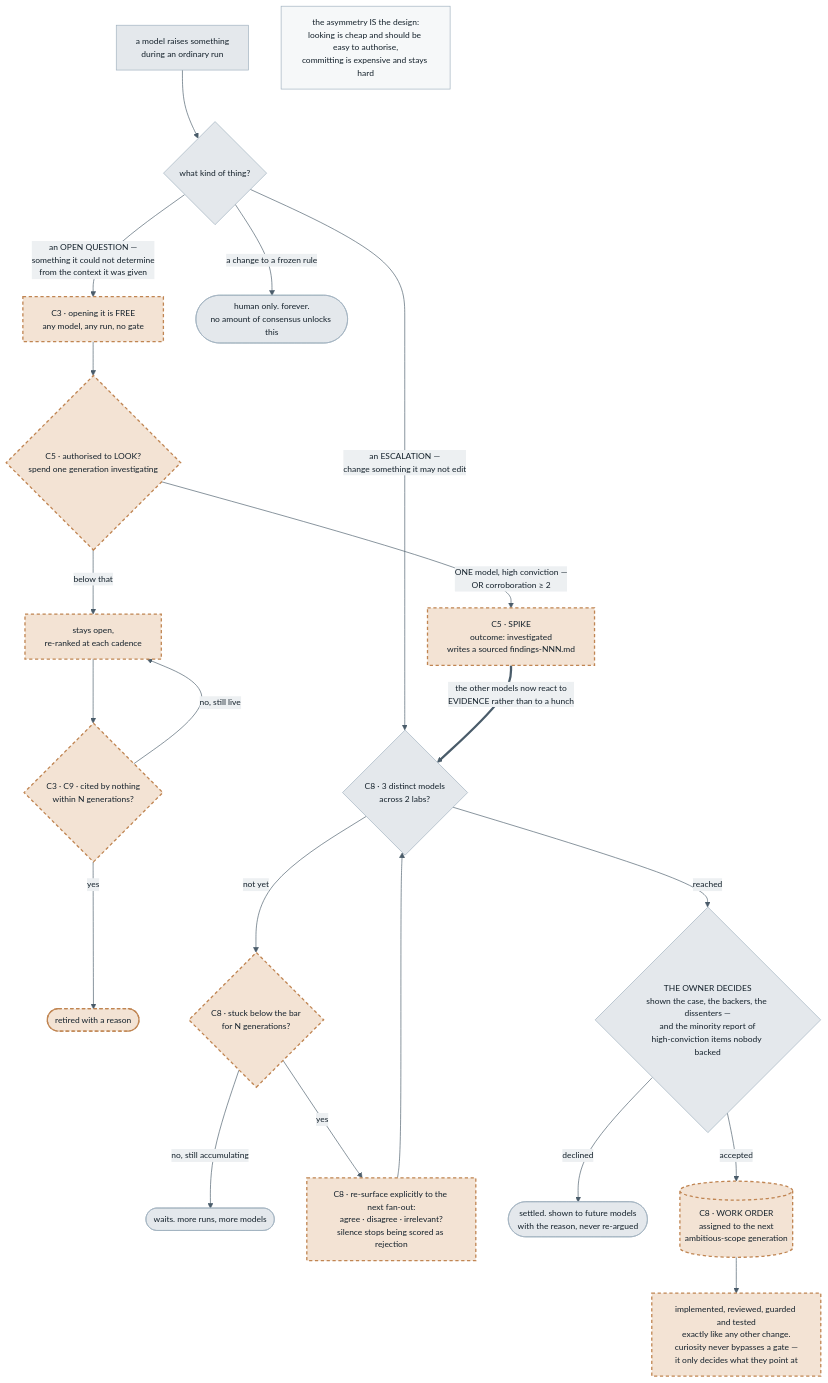
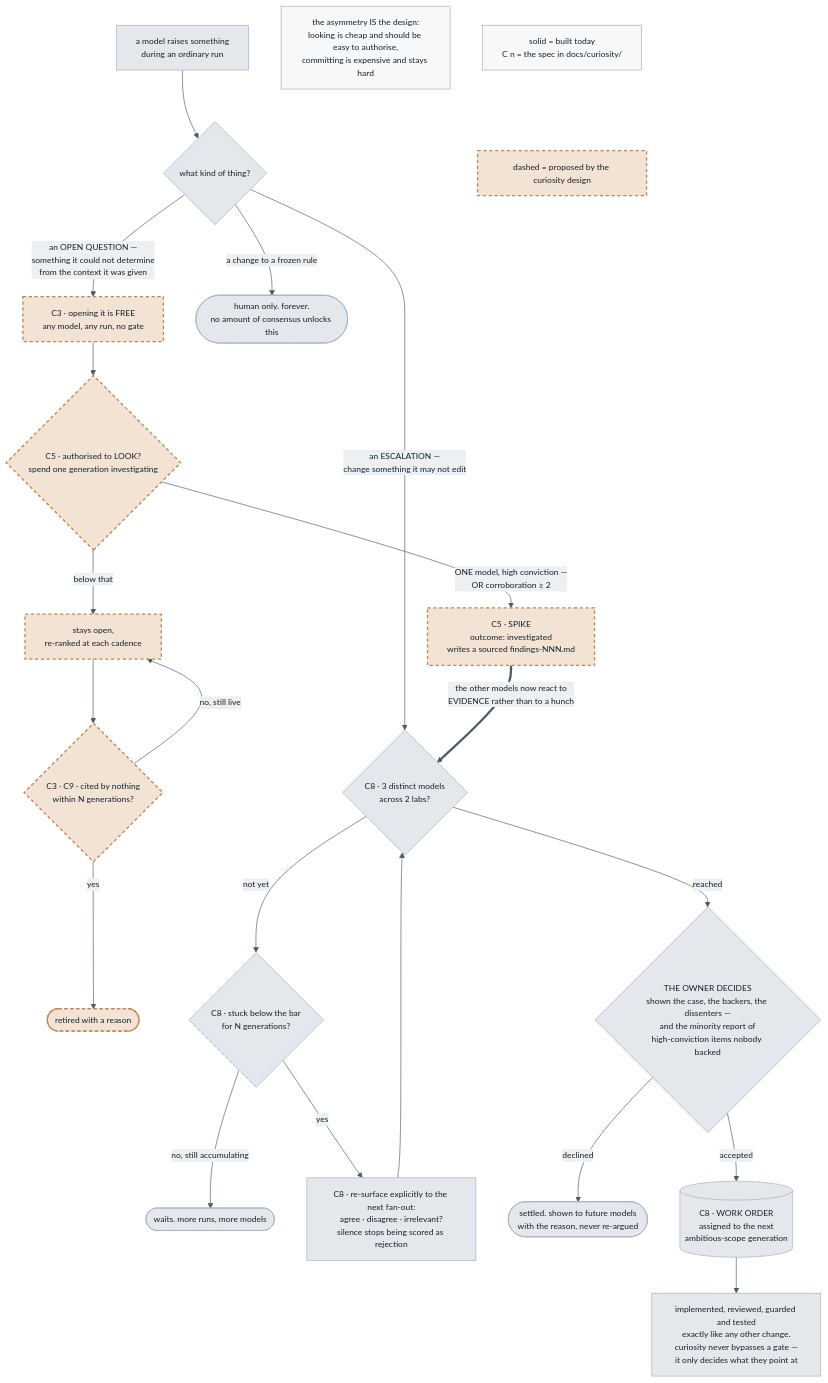
Before and after one commit to Chrisfoz/self-optimisation: the diagram in learning/diagrams/proposed-curiosity-authorisation.mmd, drawn with Mermaid. The commit also changed 14 other files, not shown here.

```diff
--- a/learning/diagrams/proposed-curiosity-authorisation.mmd
+++ b/learning/diagrams/proposed-curiosity-authorisation.mmd
@@ -1,36 +1,43 @@
 %%{init: {"theme":"base","themeVariables":{"fontSize":"13px","primaryColor":"#E4E8EC","primaryTextColor":"#14212B","primaryBorderColor":"#9FB0BE","lineColor":"#4A5C6A","secondaryColor":"#DCE7F0","tertiaryColor":"#F3E3D4","clusterBkg":"#F6F8F9","clusterBorder":"#9FB0BE","edgeLabelBackground":"#EDF0F2","textColor":"#14212B"}}}%%
 flowchart TD
   raise["a model raises something<br/>during an ordinary run"] --> what{"what kind of thing?"}
 
   what -->|"an OPEN QUESTION —<br/>something it could not determine<br/>from the context it was given"| free["C3 · opening it is FREE<br/>any model, any run, no gate"]
   what -->|"an ESCALATION —<br/>change something it may not edit"| bar
   what -->|"a change to a frozen rule"| never(["human only. forever.<br/>no amount of consensus unlocks this"])
 
   free --> look{"C5 · authorised to LOOK?<br/>spend one generation investigating"}
   look -->|"ONE model, high conviction —<br/>OR corroboration ≥ 2"| spike["C5 · SPIKE<br/>outcome: investigated<br/>writes a sourced findings-NNN.md"]
   look -->|"below that"| open["stays open,<br/>re-ranked at each cadence"]
   open --> inert{"C3 · C9 · cited by nothing<br/>within N generations?"}
   inert -->|"yes"| retired(["retired with a reason"])
   inert -->|"no, still live"| open
 
   spike ==>|"the other models now react to<br/>EVIDENCE rather than to a hunch"| bar
 
   bar{"C8 · 3 distinct models<br/>across 2 labs?"}
   bar -->|"not yet"| silent{"C8 · stuck below the bar<br/>for N generations?"}
   silent -->|"no, still accumulating"| accum(["waits. more runs, more models"])
   silent -->|"yes"| ask["C8 · re-surface explicitly to the next fan-out:<br/>agree · disagree · irrelevant?<br/>silence stops being scored as rejection"]
   ask --> bar
 
   bar -->|"reached"| owner{"THE OWNER DECIDES<br/>shown the case, the backers, the dissenters —<br/>and the minority report of<br/>high-conviction items nobody backed"}
   owner -->|"declined"| settled(["settled. shown to future models<br/>with the reason, never re-argued"])
   owner -->|"accepted"| order[("C8 · WORK ORDER<br/>assigned to the next<br/>ambitious-scope generation")]
 
   order --> ship["implemented, reviewed, guarded and tested<br/>exactly like any other change.<br/>curiosity never bypasses a gate —<br/>it only decides what they point at"]
 
   axiom["the asymmetry IS the design:<br/>looking is cheap and should be easy to authorise,<br/>committing is expensive and stays hard"]
   axiom ~~~ what
 
+  legendA["solid = built today<br/>C n = the spec in docs/curiosity/"]
+  legendB["dashed = proposed by the curiosity design"]
+  legendA ~~~ legendB
+
   classDef proposed fill:#F3E3D4,stroke:#C08552,stroke-width:2px,stroke-dasharray:5 4;
+  classDef legend fill:#F6F8F9,stroke:#9FB0BE,stroke-width:1px;
   classDef note fill:#F6F8F9,stroke:#9FB0BE,stroke-width:1px;
-  class free,look,spike,open,inert,retired,silent,ask,order,ship proposed;
+  class legendB proposed;
+  class legendA legend;
+  class free,look,spike,open,inert,retired proposed;
   class axiom note;
```
